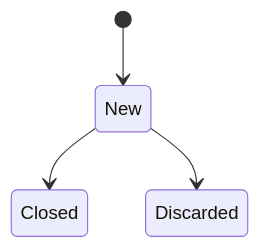
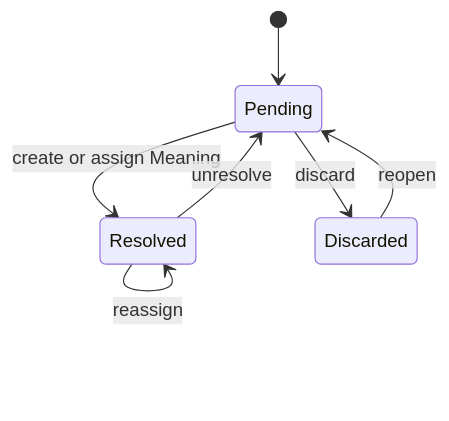
One commit to niikei/TermKeeper changed the second of 2 diagrams in docs/003_domain_model.md. Above: the diagram before and after it, drawn with Mermaid. The commit also changed other lines of this file and 7 other files, not shown here.

````diff
--- a/docs/003_domain_model.md
+++ b/docs/003_domain_model.md
@@ -195,8 +120,10 @@
 ```mermaid
 stateDiagram-v2
 
-    [*] --> New
-
-    New --> Closed
-    New --> Discarded
+    [*] --> Pending
+    Pending --> Resolved : create or assign Meaning
+    Resolved --> Pending : unresolve
+    Resolved --> Resolved : reassign
+    Pending --> Discarded : discard
+    Discarded --> Pending : reopen
 ```
````
